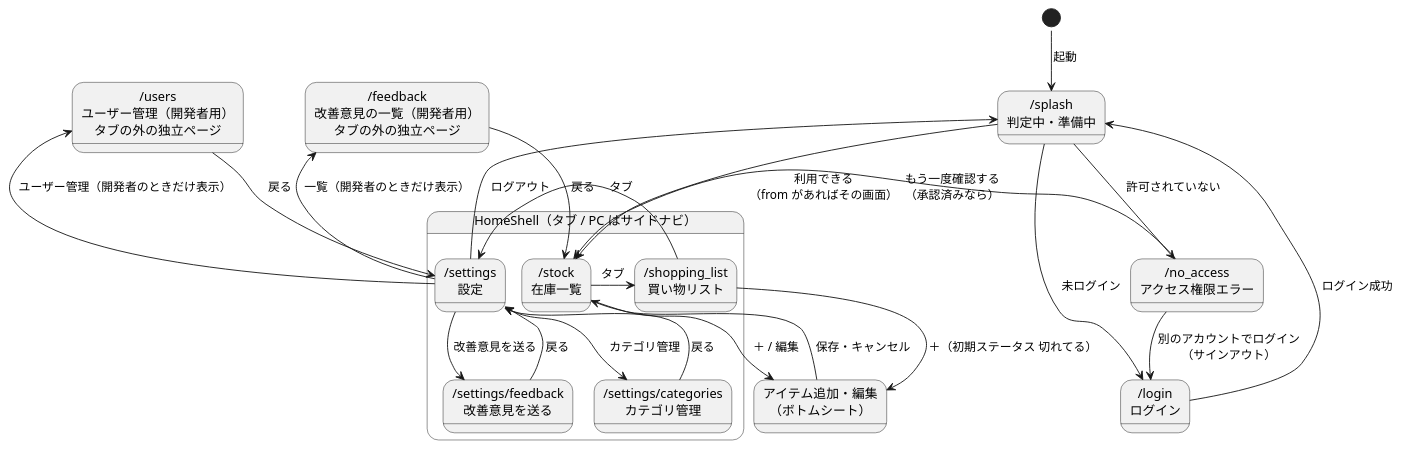
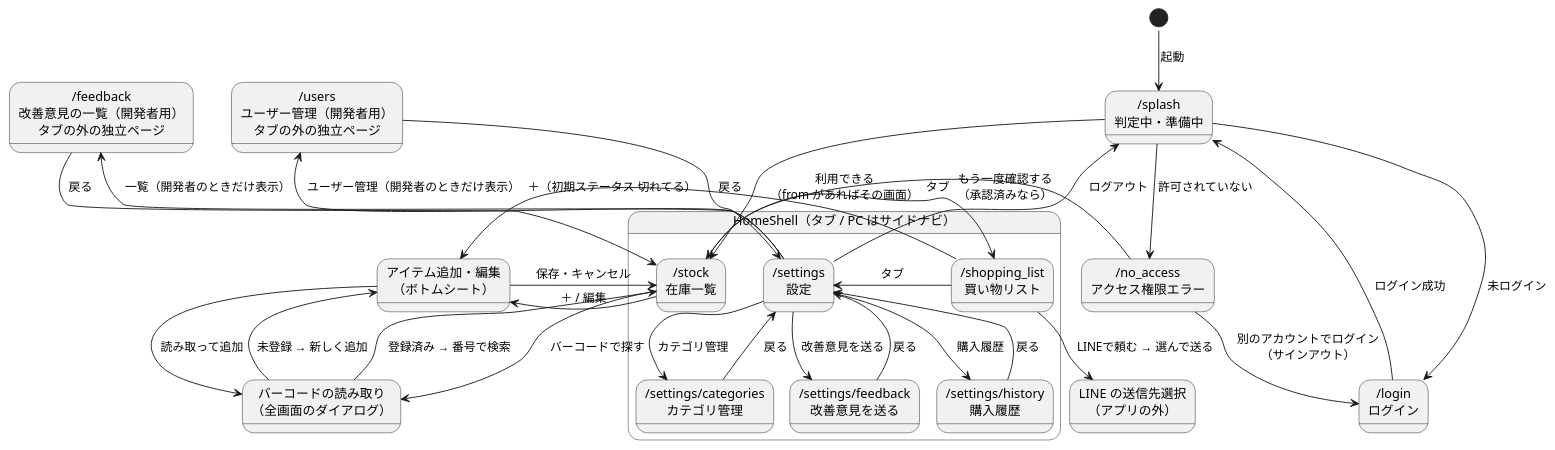
The diagram in design/screens/diagrams/screen_flow.puml (LASC-SINCE2015/LivingManager), drawn with PlantUML before and after one commit. The commit also changed 53 other files, not shown here.

First line of the commit message:
LINE で買い物を頼む・購入履歴・バーコードを追加する

```diff
--- a/design/screens/diagrams/screen_flow.puml
+++ b/design/screens/diagrams/screen_flow.puml
@@ -1,45 +1,55 @@
 @startuml screen_flow
 !pragma layout smetana
 ' 画面（ルート）とその間の遷移
 skinparam defaultFontName "Meiryo"
 
 state "/splash\n判定中・準備中" as Splash
 state "/login\nログイン" as Login
 state "/no_access\nアクセス権限エラー" as NoAccess
 
 state "HomeShell（タブ / PC はサイドナビ）" as Shell {
   state "/stock\n在庫一覧" as Stock
   state "/shopping_list\n買い物リスト" as Shopping
   state "/settings\n設定" as Settings
   state "/settings/categories\nカテゴリ管理" as Categories
   state "/settings/feedback\n改善意見を送る" as SendFeedback
+  state "/settings/history\n購入履歴" as History
   Stock -right-> Shopping : タブ
   Shopping -right-> Settings : タブ
   Settings --> Categories : カテゴリ管理
   Categories --> Settings : 戻る
   Settings --> SendFeedback : 改善意見を送る
   SendFeedback --> Settings : 戻る
+  Settings --> History : 購入履歴
+  History --> Settings : 戻る
 }
 
 state "/feedback\n改善意見の一覧（開発者用）\nタブの外の独立ページ" as FeedbackList
 state "/users\nユーザー管理（開発者用）\nタブの外の独立ページ" as Users
 
 state "アイテム追加・編集\n（ボトムシート）" as EditSheet
+state "バーコードの読み取り\n（全画面のダイアログ）" as Scanner
+state "LINE の送信先選択\n（アプリの外）" as Line
 
 [*] --> Splash : 起動
 Splash --> Login : 未ログイン
 Splash --> Stock : 利用できる\n（from があればその画面）
 Splash --> NoAccess : 許可されていない
 Login --> Splash : ログイン成功
 NoAccess --> Login : 別のアカウントでログイン\n（サインアウト）
 NoAccess --> Stock : もう一度確認する\n（承認済みなら）
 Settings --> Splash : ログアウト
 Settings --> FeedbackList : 一覧（開発者のときだけ表示）
 FeedbackList --> Stock : 戻る
 Settings --> Users : ユーザー管理（開発者のときだけ表示）
 Users --> Settings : 戻る
 
 Stock --> EditSheet : ＋ / 編集
 Shopping --> EditSheet : ＋（初期ステータス 切れてる）
 EditSheet --> Stock : 保存・キャンセル
+Stock --> Scanner : バーコードで探す
+Scanner --> Stock : 登録済み → 番号で検索
+Scanner --> EditSheet : 未登録 → 新しく追加
+EditSheet --> Scanner : 読み取って追加
+Shopping --> Line : LINEで頼む → 選んで送る
 @enduml
```
